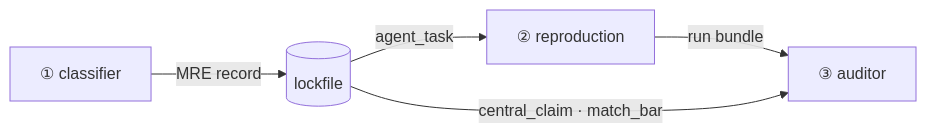
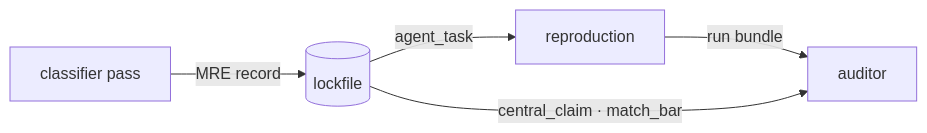
One commit to mithils3/reprocli changed the second of 2 diagrams in docs/getting-started/concepts.md. Above: the diagram before and after it, drawn with Mermaid. The commit also changed other lines of this file and 6 other files, not shown here.

````diff
--- a/docs/getting-started/concepts.md
+++ b/docs/getting-started/concepts.md
@@ -139,7 +139,7 @@
 ```mermaid
 flowchart LR
-  CL["① classifier"] -->|MRE record| L[(lockfile)]
-  L -->|agent_task| RA["② reproduction"]
-  RA -->|run bundle| AU["③ auditor"]
+  CL["classifier pass"] -->|MRE record| L[(lockfile)]
+  L -->|agent_task| RA["reproduction"]
+  RA -->|run bundle| AU["auditor"]
   L -->|central_claim · match_bar| AU
 ```
````
